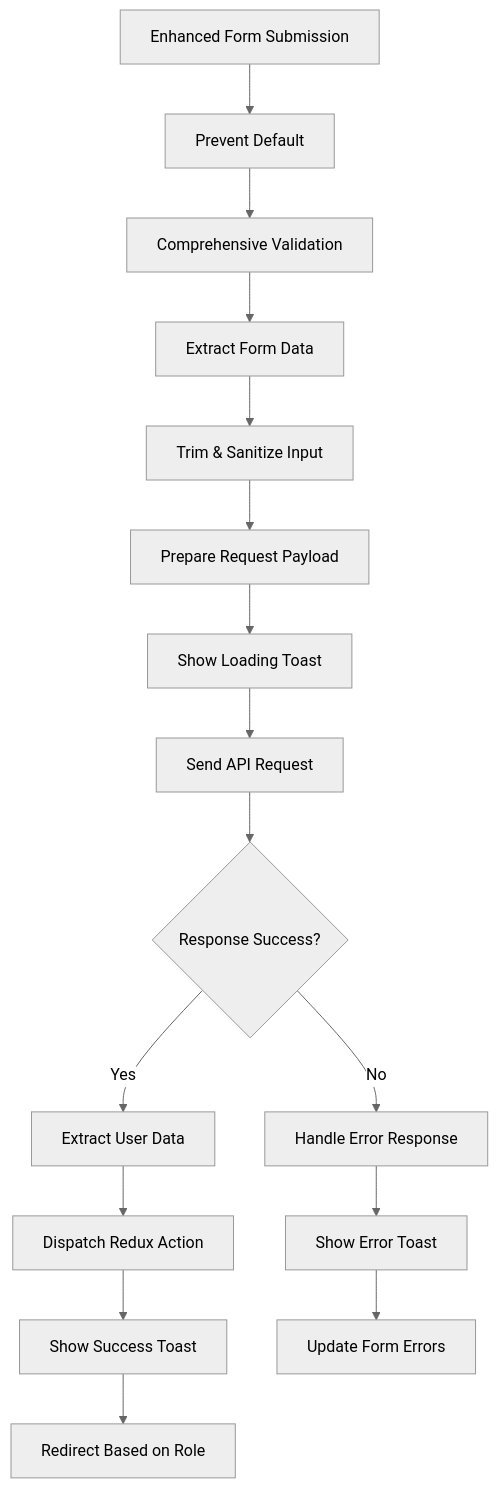
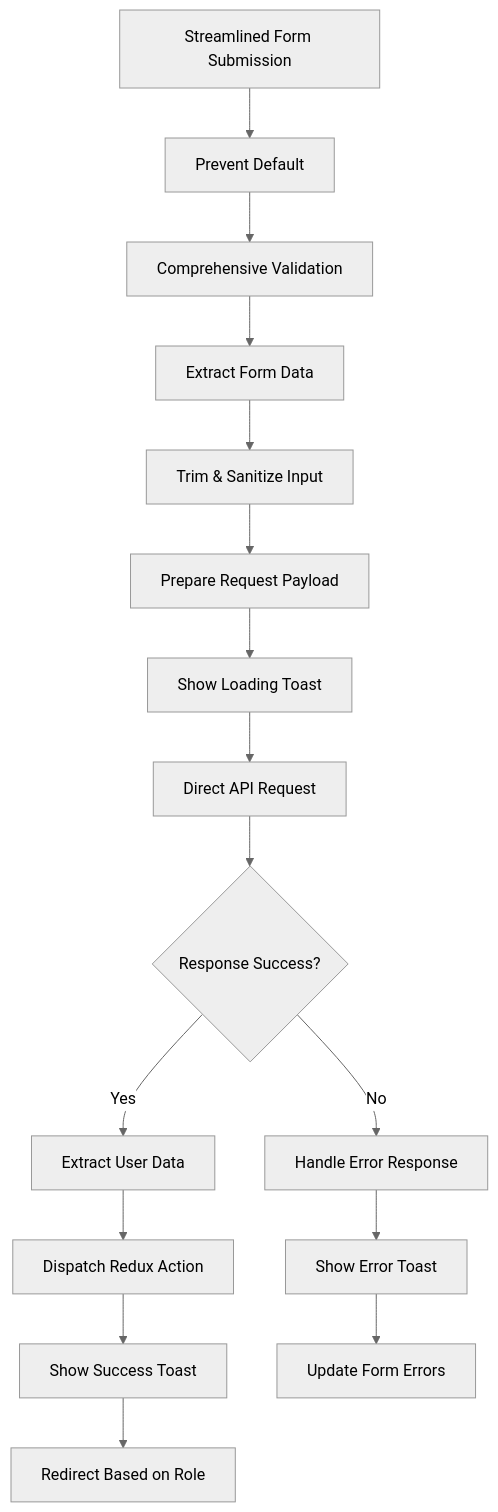
The fourth of 13 diagrams in .qoder/repowiki/en/content/Authentication & Authorization/Login Page Implementation.md (Aryan9060/Timetable-Project), drawn with Mermaid (neutral theme) before and after one commit. The commit also changed other lines of this file and 7 other files, not shown here.

````diff
--- a/.qoder/repowiki/en/content/Authentication & Authorization/Login Page Implementation.md
+++ b/.qoder/repowiki/en/content/Authentication & Authorization/Login Page Implementation.md
@@ -193,18 +201,18 @@
 ```mermaid
 flowchart TD
-A[Enhanced Form Submission] --> B[Prevent Default]
+A[Streamlined Form Submission] --> B[Prevent Default]
 B --> C[Comprehensive Validation]
 C --> D[Extract Form Data]
 D --> E[Trim & Sanitize Input]
 E --> F[Prepare Request Payload]
 F --> G[Show Loading Toast]
-G --> H[Send API Request]
+G --> H[Direct API Request]
 H --> I{Response Success?}
 I --> |Yes| J[Extract User Data]
 J --> K[Dispatch Redux Action]
 K --> L[Show Success Toast]
 L --> M[Redirect Based on Role]
 I --> |No| N[Handle Error Response]
 N --> O[Show Error Toast]
 O --> P[Update Form Errors]
 ```
````
